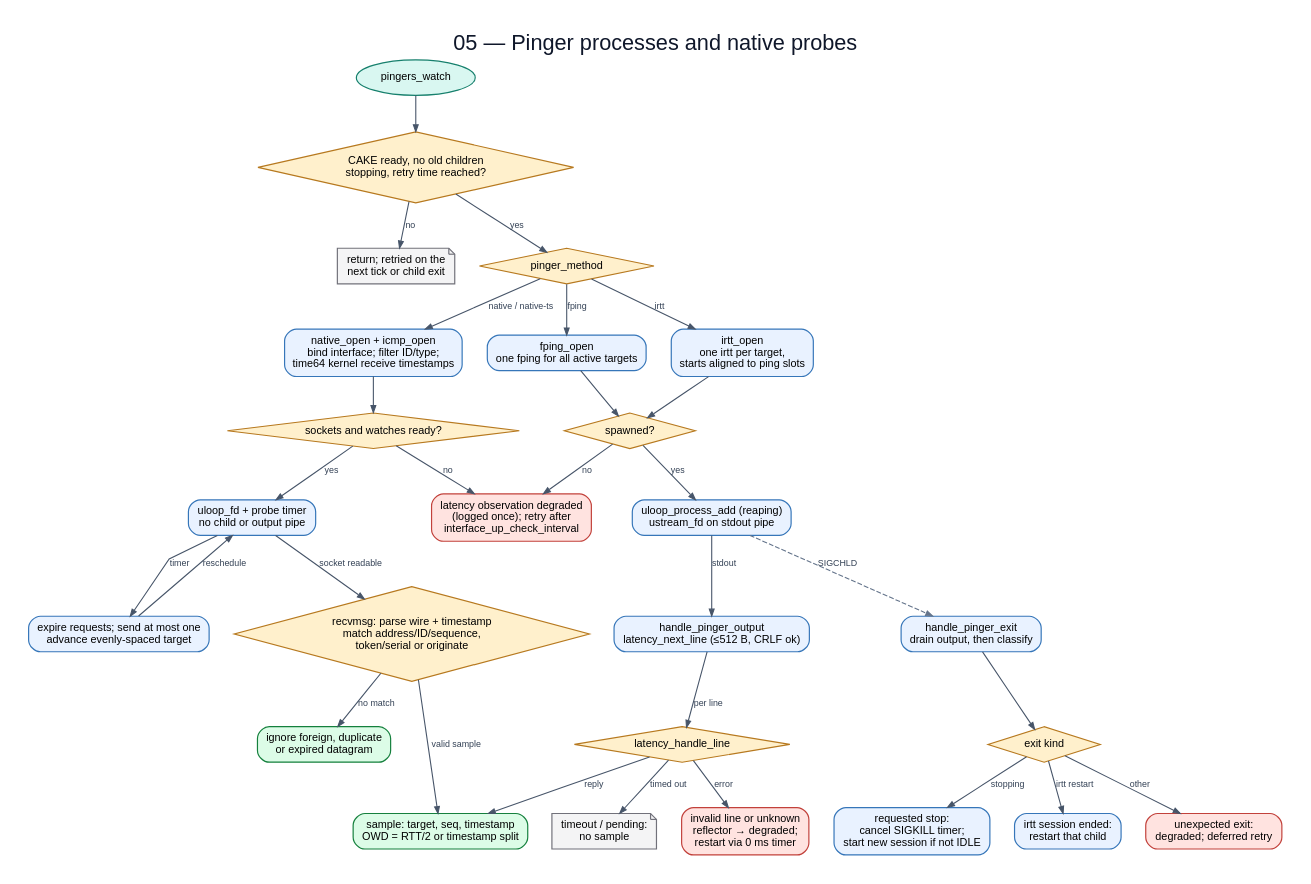
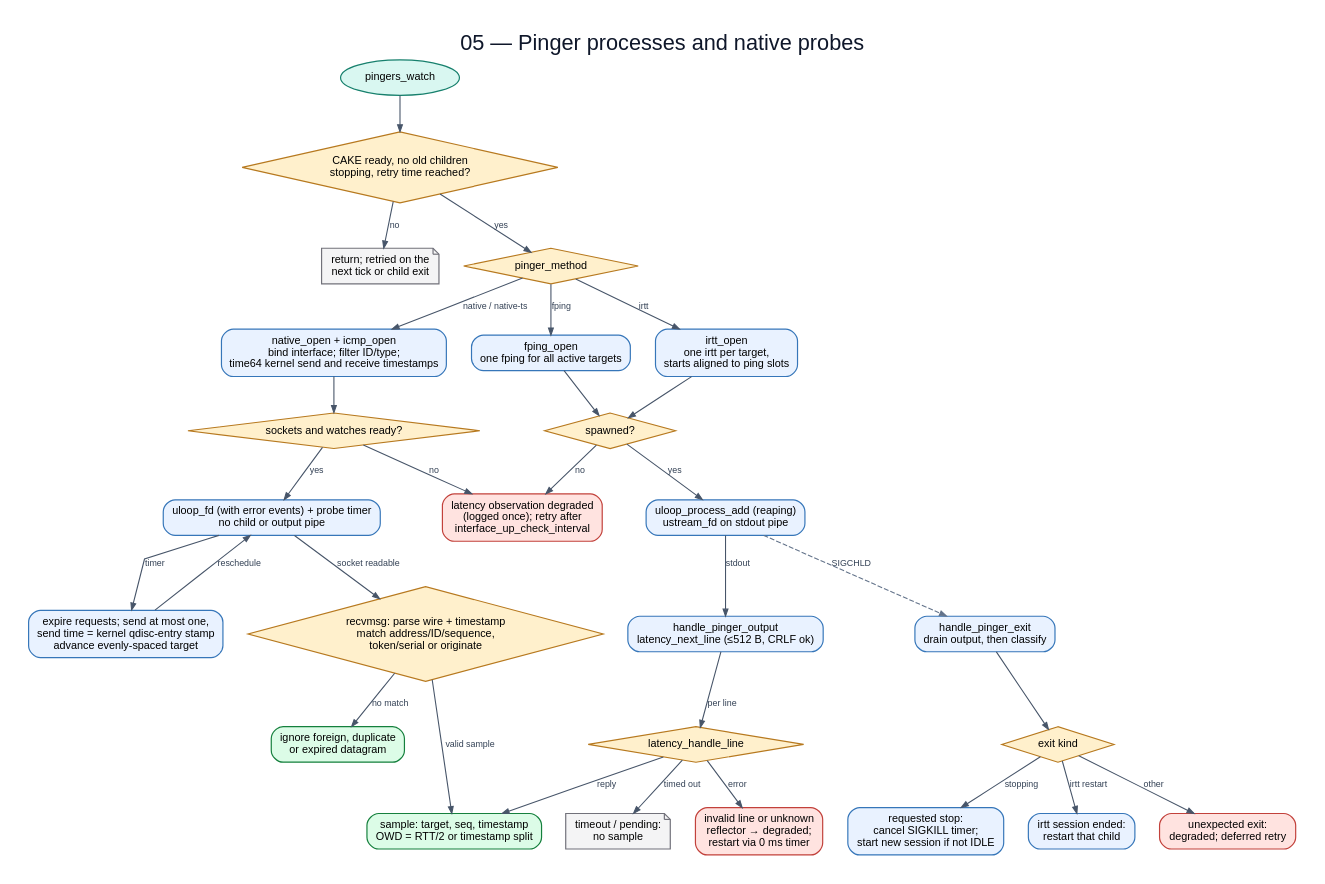
The diagram in flowchart/diagrams/05-fping-process.dot (huydoan94/cake-adapt), drawn with Graphviz before and after one commit. The commit also changed 10 other files, not shown here.

```diff
--- a/flowchart/diagrams/05-fping-process.dot
+++ b/flowchart/diagrams/05-fping-process.dot
@@ -1,58 +1,58 @@
 digraph G {
   graph [rankdir=TB,bgcolor="white",pad="0.30",nodesep="0.35",ranksep="0.48",splines=polyline,fontname="Arial",label="05 — Pinger processes and native probes",labelloc=t,fontsize=22,fontcolor="#0f172a"];
   node [fontname="Arial",fontsize=11,margin="0.14,0.09",penwidth=1.2];
   edge [fontname="Arial",fontsize=9,color="#475569",fontcolor="#334155",arrowsize=0.7,penwidth=1.1];
   watch [label="pingers_watch",shape=oval,style="filled",fillcolor="#d9f7f1",color="#17806d"];
   ready [label="CAKE ready, no old children\nstopping, retry time reached?",shape=diamond,style="filled",fillcolor="#fff0cc",color="#b7791f"];
   wait [label="return; retried on the\nnext tick or child exit",shape=note,style="filled",fillcolor="#f4f4f5",color="#71717a"];
   method [label="pinger_method",shape=diamond,style="filled",fillcolor="#fff0cc",color="#b7791f"];
-  native [label="native_open + icmp_open\nbind interface; filter ID/type;\ntime64 kernel receive timestamps",shape=box,style="rounded,filled",fillcolor="#e9f2ff",color="#3676b9"];
+  native [label="native_open + icmp_open\nbind interface; filter ID/type;\ntime64 kernel send and receive timestamps",shape=box,style="rounded,filled",fillcolor="#e9f2ff",color="#3676b9"];
   nativeok [label="sockets and watches ready?",shape=diamond,style="filled",fillcolor="#fff0cc",color="#b7791f"];
-  nativewatch [label="uloop_fd + probe timer\nno child or output pipe",shape=box,style="rounded,filled",fillcolor="#e9f2ff",color="#3676b9"];
-  nativetick [label="expire requests; send at most one\nadvance evenly-spaced target",shape=box,style="rounded,filled",fillcolor="#e9f2ff",color="#3676b9"];
+  nativewatch [label="uloop_fd (with error events) + probe timer\nno child or output pipe",shape=box,style="rounded,filled",fillcolor="#e9f2ff",color="#3676b9"];
+  nativetick [label="expire requests; send at most one,\nsend time = kernel qdisc-entry stamp\nadvance evenly-spaced target",shape=box,style="rounded,filled",fillcolor="#e9f2ff",color="#3676b9"];
   nativereply [label="recvmsg: parse wire + timestamp\nmatch address/ID/sequence,\ntoken/serial or originate",shape=diamond,style="filled",fillcolor="#fff0cc",color="#b7791f"];
   nativeignore [label="ignore foreign, duplicate\nor expired datagram",shape=box,style="rounded,filled,bold",fillcolor="#dcfce7",color="#15803d"];
   fping [label="fping_open\none fping for all active targets",shape=box,style="rounded,filled",fillcolor="#e9f2ff",color="#3676b9"];
   irtt [label="irtt_open\none irtt per target,\nstarts aligned to ping slots",shape=box,style="rounded,filled",fillcolor="#e9f2ff",color="#3676b9"];
   spawnok [label="spawned?",shape=diamond,style="filled",fillcolor="#fff0cc",color="#b7791f"];
   degraded [label="latency observation degraded\n(logged once); retry after\ninterface_up_check_interval",shape=box,style="rounded,filled",fillcolor="#ffe3e0",color="#c2413b"];
   register [label="uloop_process_add (reaping)\nustream_fd on stdout pipe",shape=box,style="rounded,filled",fillcolor="#e9f2ff",color="#3676b9"];
   read [label="handle_pinger_output\nlatency_next_line (≤512 B, CRLF ok)",shape=box,style="rounded,filled",fillcolor="#e9f2ff",color="#3676b9"];
   parse [label="latency_handle_line",shape=diamond,style="filled",fillcolor="#fff0cc",color="#b7791f"];
   timeout [label="timeout / pending:\nno sample",shape=note,style="filled",fillcolor="#f4f4f5",color="#71717a"];
   sample [label="sample: target, seq, timestamp\nOWD = RTT/2 or timestamp split",shape=box,style="rounded,filled,bold",fillcolor="#dcfce7",color="#15803d"];
   bad [label="invalid line or unknown\nreflector → degraded;\nrestart via 0 ms timer",shape=box,style="rounded,filled",fillcolor="#ffe3e0",color="#c2413b"];
   exit [label="handle_pinger_exit\ndrain output, then classify",shape=box,style="rounded,filled",fillcolor="#e9f2ff",color="#3676b9"];
   exitkind [label="exit kind",shape=diamond,style="filled",fillcolor="#fff0cc",color="#b7791f"];
   stopped [label="requested stop:\ncancel SIGKILL timer;\nstart new session if not IDLE",shape=box,style="rounded,filled",fillcolor="#e9f2ff",color="#3676b9"];
   irttre [label="irtt session ended:\nrestart that child",shape=box,style="rounded,filled",fillcolor="#e9f2ff",color="#3676b9"];
   crash [label="unexpected exit:\ndegraded; deferred retry",shape=box,style="rounded,filled",fillcolor="#ffe3e0",color="#c2413b"];
   watch -> ready;
   ready -> wait [label="no"];
   ready -> method [label="yes"];
   method -> native [label="native / native-ts"];
   native -> nativeok;
   nativeok -> degraded [label="no"];
   nativeok -> nativewatch [label="yes"];
   nativewatch -> nativetick [label="timer"];
   nativewatch -> nativereply [label="socket readable"];
   nativetick -> nativewatch [label="reschedule"];
   nativereply -> nativeignore [label="no match"];
   nativereply -> sample [label="valid sample"];
   method -> fping [label="fping"];
   method -> irtt [label="irtt"];
   fping -> spawnok;
   irtt -> spawnok;
   spawnok -> degraded [label="no"];
   spawnok -> register [label="yes"];
   register -> read [label="stdout"];
   read -> parse [label="per line"];
   parse -> timeout [label="timed out"];
   parse -> sample [label="reply"];
   parse -> bad [label="error"];
   register -> exit [label="SIGCHLD",style=dashed,color="#64748b"];
   exit -> exitkind;
   exitkind -> stopped [label="stopping"];
   exitkind -> irttre [label="irtt restart"];
   exitkind -> crash [label="other"];
 }
```
